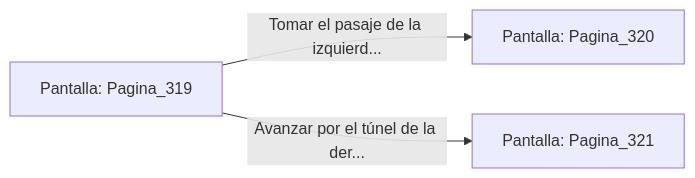
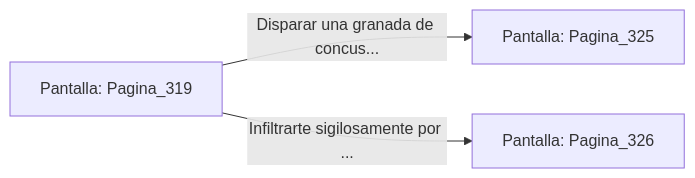
Before and after one commit to metsuke/mpl: the diagram in sample/eligejuego-vault/Pantalla_Pagina_319.md, drawn with Mermaid. The commit also changed other lines of this file and 635 other files, not shown here.

First line of the commit message:
fix: añadir Pagina_1 como pantalla inicial en capitulo_01.mpl

````diff
--- a/sample/eligejuego-vault/Pantalla_Pagina_319.md
+++ b/sample/eligejuego-vault/Pantalla_Pagina_319.md
@@ -20,6 +24,6 @@
 ```mermaid
 graph LR
     P_Pagina_319["Pantalla: Pagina_319"]
-    P_Pagina_319 -->|"Tomar el pasaje de la izquierd..."| P_Pagina_320["Pantalla: Pagina_320"]
-    P_Pagina_319 -->|"Avanzar por el túnel de la der..."| P_Pagina_321["Pantalla: Pagina_321"]
+    P_Pagina_319 -->|"Disparar una granada de concus..."| P_Pagina_325["Pantalla: Pagina_325"]
+    P_Pagina_319 -->|"Infiltrarte sigilosamente por ..."| P_Pagina_326["Pantalla: Pagina_326"]
 ```
````
